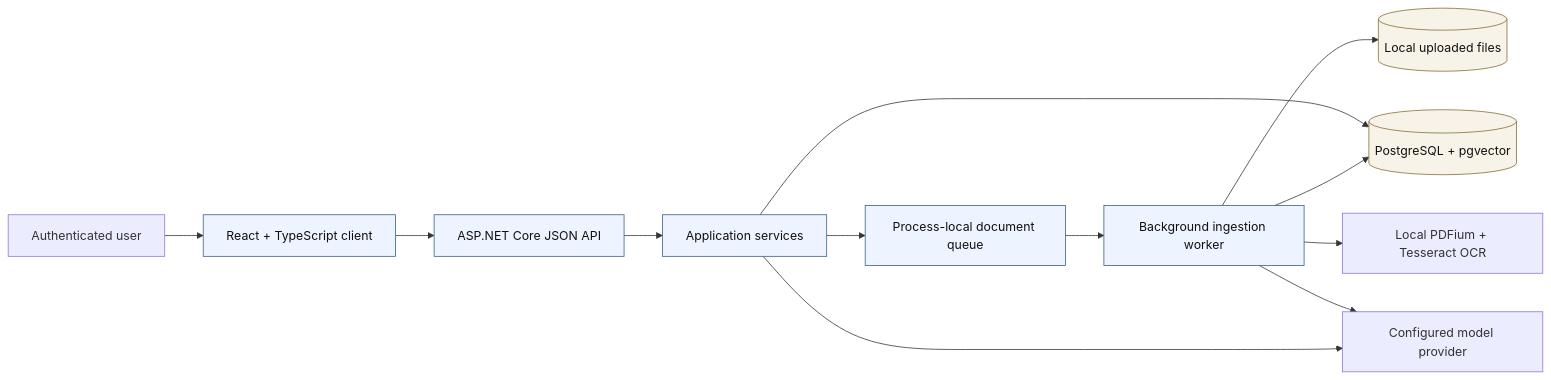
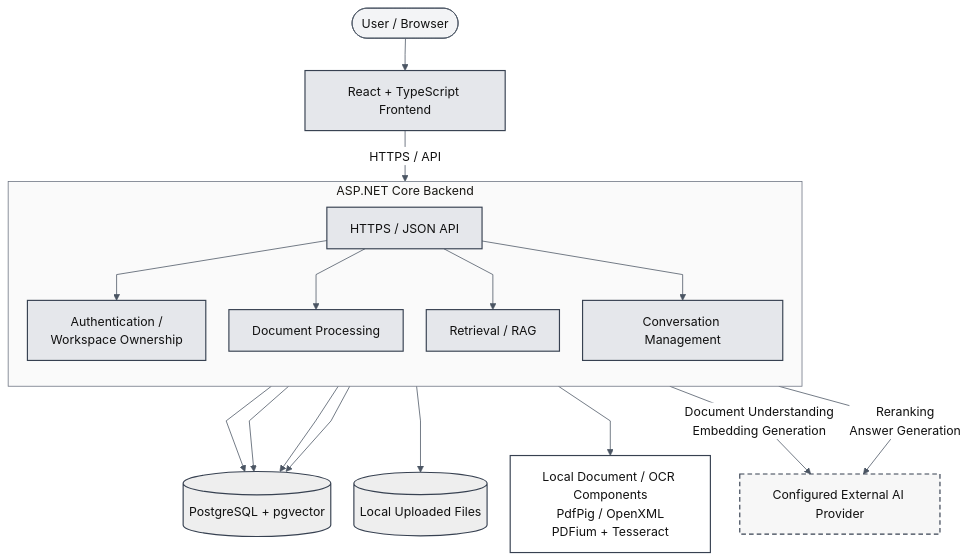
Before and after one commit to mirceas415/ai-document-assistant: the diagram in docs/thesis/FACE_thesis_template/diagrams/DIA-01-high-level-architecture.mmd, drawn with Mermaid. The commit also changed 25 other files, not shown here.

Commit message:
docs: render and integrate thesis diagrams

```diff
--- a/docs/thesis/FACE_thesis_template/diagrams/DIA-01-high-level-architecture.mmd
+++ b/docs/thesis/FACE_thesis_template/diagrams/DIA-01-high-level-architecture.mmd
@@ -1,17 +1,39 @@
-flowchart LR
-    User[Authenticated user] --> UI[React + TypeScript client]
-    UI --> API[ASP.NET Core JSON API]
-    API --> App[Application services]
-    App --> Queue[Process-local document queue]
-    Queue --> Worker[Background ingestion worker]
-    App --> DB[(PostgreSQL + pgvector)]
-    Worker --> Files[(Local uploaded files)]
-    Worker --> DB
-    Worker --> OCR[Local PDFium + Tesseract OCR]
-    Worker --> Models[Configured model provider]
-    App --> Models
+%%{init: {"theme":"base","themeVariables":{"fontFamily":"Arial, sans-serif","fontSize":"16px","primaryColor":"#f3f4f6","primaryTextColor":"#111111","primaryBorderColor":"#4b5563","lineColor":"#4b5563","secondaryColor":"#ffffff","tertiaryColor":"#e5e7eb","clusterBkg":"#fafafa","clusterBorder":"#6b7280"},"flowchart":{"curve":"linear","nodeSpacing":30,"rankSpacing":42,"htmlLabels":true}}}%%
+flowchart TB
+    User([User / Browser]) --> Frontend[React + TypeScript Frontend]
 
-    classDef boundary fill:#eef4ff,stroke:#325d88,color:#111;
-    classDef store fill:#f8f3e8,stroke:#826b31,color:#111;
-    class UI,API,App,Queue,Worker boundary;
-    class DB,Files store;
+    subgraph Backend[ASP.NET Core Backend]
+        direction TB
+        API[HTTPS / JSON API]
+        Auth[Authentication /<br/>Workspace Ownership]
+        Processing[Document Processing]
+        Retrieval[Retrieval / RAG]
+        Conversation[Conversation Management]
+
+        API --> Auth
+        API --> Processing
+        API --> Retrieval
+        API --> Conversation
+    end
+
+    Frontend -->|HTTPS / API| API
+
+    Auth --> Database[(PostgreSQL + pgvector)]
+    Processing --> Database
+    Retrieval --> Database
+    Conversation --> Database
+
+    Processing --> Files[(Local Uploaded Files)]
+    Processing --> Local[Local Document / OCR Components<br/>PdfPig / OpenXML<br/>PDFium + Tesseract]
+
+    Processing -->|Document Understanding<br/>Embedding Generation| Provider[Configured External AI Provider]
+    Retrieval -->|Reranking<br/>Answer Generation| Provider
+
+    classDef primary fill:#e5e7eb,stroke:#374151,stroke-width:1.5px,color:#111111;
+    classDef local fill:#ffffff,stroke:#374151,stroke-width:1.5px,color:#111111;
+    classDef external fill:#f7f7f7,stroke:#374151,stroke-width:1.5px,stroke-dasharray:6 4,color:#111111;
+    classDef store fill:#eeeeee,stroke:#374151,stroke-width:1.5px,color:#111111;
+    class Frontend,API,Auth,Processing,Retrieval,Conversation primary;
+    class Local local;
+    class Provider external;
+    class Database,Files store;
```
